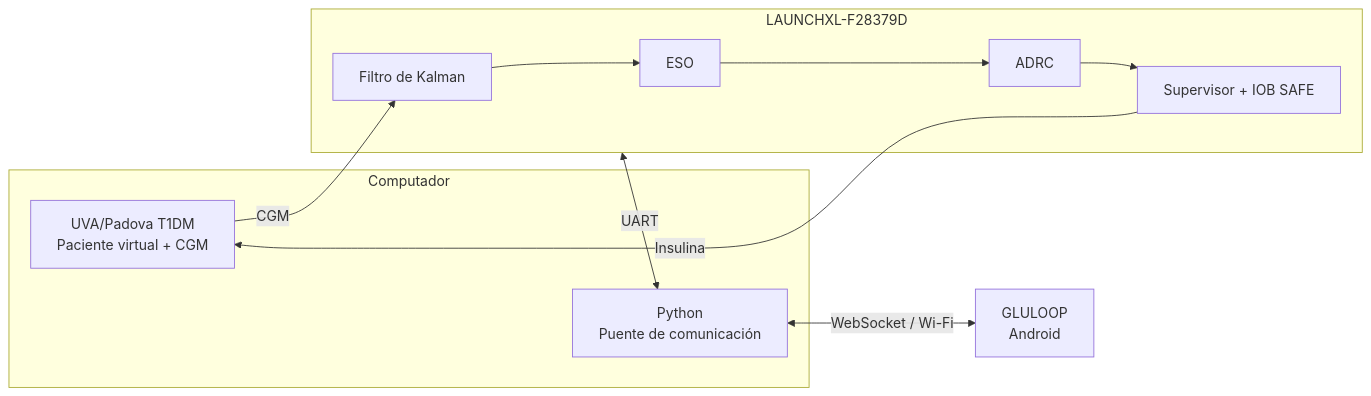
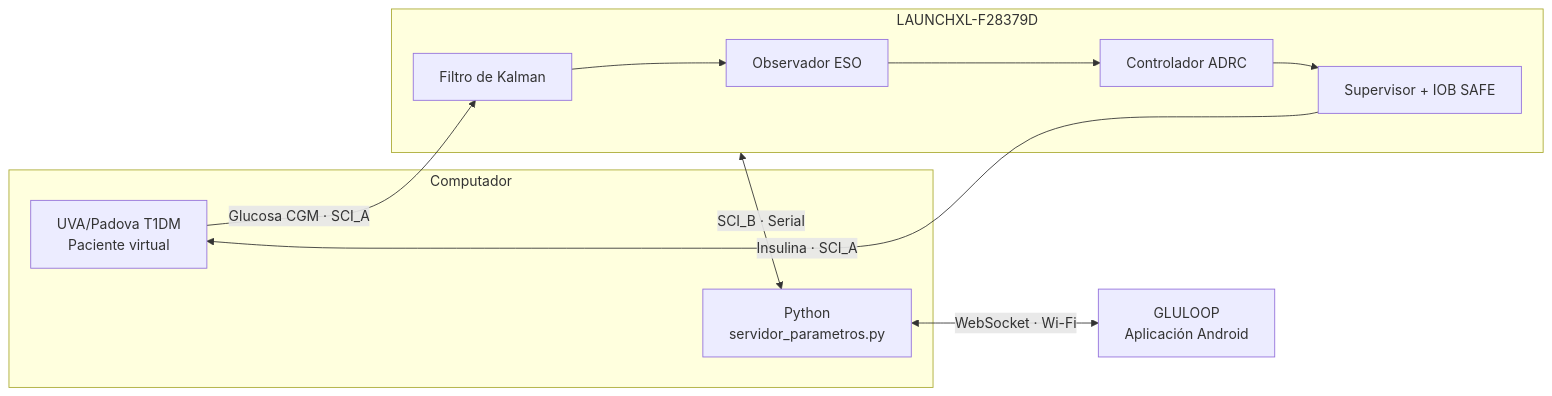
The diagram in README.md (leo09p/GLULOOP-HIL), drawn with Mermaid before and after one commit. The commit also changed other lines of this file, not shown here.

````diff
--- a/README.md
+++ b/README.md
@@ -76,27 +82,26 @@
 ```mermaid
 flowchart LR
-
     subgraph PC["Computador"]
-        UVA["UVA/Padova T1DM<br/>Paciente virtual + CGM"]
-        PY["Python<br/>Puente de comunicación"]
+        UVA["UVA/Padova T1DM<br/>Paciente virtual"]
+        PY["Python<br/>servidor_parametros.py"]
     end
 
     subgraph HW["LAUNCHXL-F28379D"]
         KF["Filtro de Kalman"]
-        ESO["ESO"]
-        ADRC["ADRC"]
+        ESO["Observador ESO"]
+        ADRC["Controlador ADRC"]
         SAFE["Supervisor + IOB SAFE"]
 
         KF --> ESO
         ESO --> ADRC
         ADRC --> SAFE
     end
 
-    APP["GLULOOP<br/>Android"]
+    APP["GLULOOP<br/>Aplicación Android"]
 
-    UVA -->|"CGM"| KF
-    SAFE -->|"Insulina"| UVA
+    UVA -->|"Glucosa CGM · SCI_A"| KF
+    SAFE -->|"Insulina · SCI_A"| UVA
 
-    HW <-->|"UART"| PY
-    PY <-->|"WebSocket / Wi-Fi"| APP
+    HW <-->|"SCI_B · Serial"| PY
+    PY <-->|"WebSocket · Wi-Fi"| APP
 ```
````
